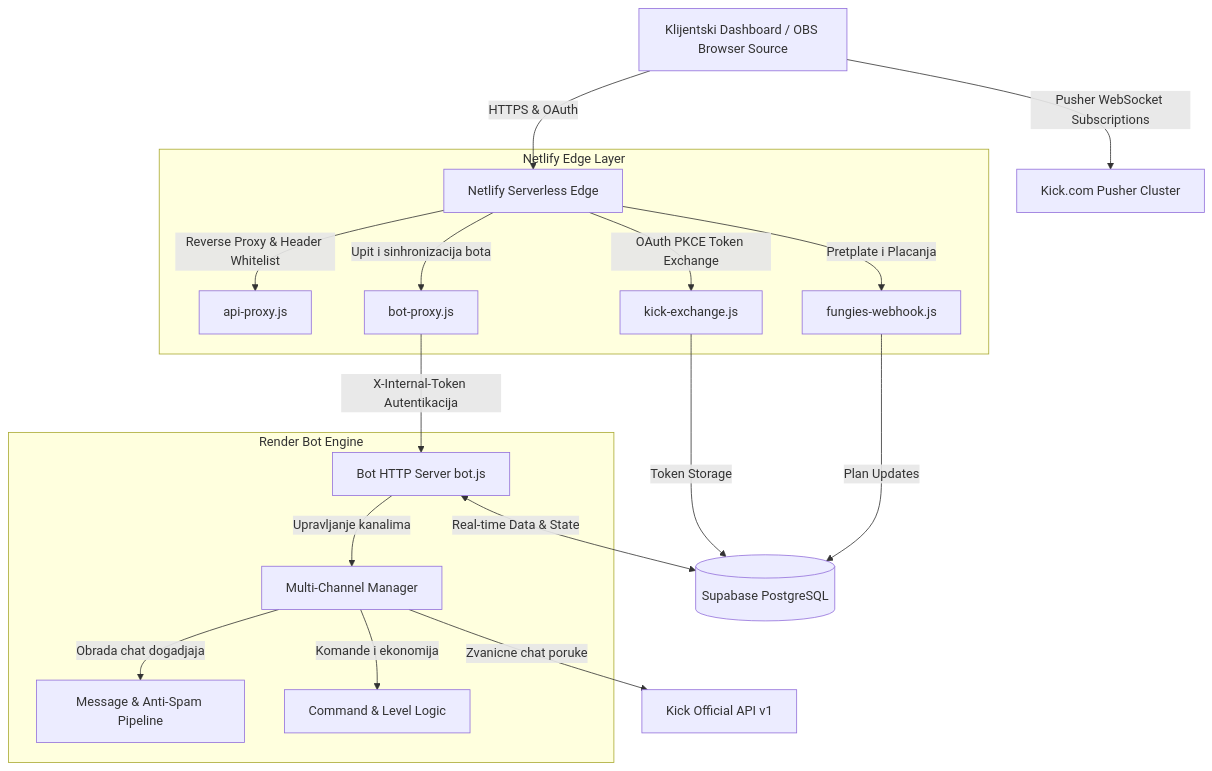
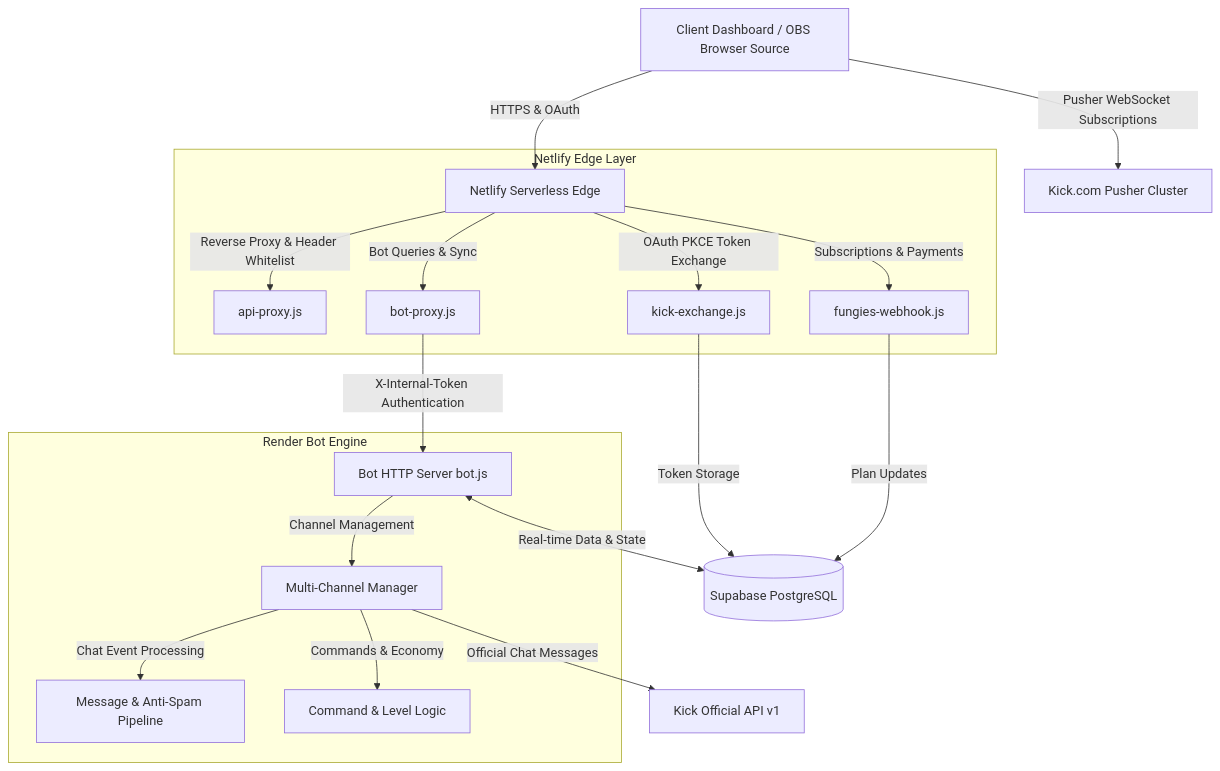
One commit to milan-petkovski/KickALL changed the diagram in README.md. Above: the diagram before and after it, drawn with Mermaid. The commit also changed other lines of this file, not shown here.

````diff
--- a/README.md
+++ b/README.md
@@ -117,24 +117,24 @@
 ```mermaid
 flowchart TD
-    Client[Klijentski Dashboard / OBS Browser Source] -->|HTTPS & OAuth| NetlifyEdge[Netlify Serverless Edge]
+    Client[Client Dashboard / OBS Browser Source] -->|HTTPS & OAuth| NetlifyEdge[Netlify Serverless Edge]
     Client -->|Pusher WebSocket Subscriptions| KickPusher[Kick.com Pusher Cluster]
 
     subgraph Netlify Edge Layer
         NetlifyEdge -->|Reverse Proxy & Header Whitelist| ApiProxy[api-proxy.js]
         NetlifyEdge -->|OAuth PKCE Token Exchange| KickExchange[kick-exchange.js]
-        NetlifyEdge -->|Pretplate i Placanja| FungiesWH[fungies-webhook.js]
-        NetlifyEdge -->|Upit i sinhronizacija bota| BotProxy[bot-proxy.js]
+        NetlifyEdge -->|Subscriptions & Payments| FungiesWH[fungies-webhook.js]
+        NetlifyEdge -->|Bot Queries & Sync| BotProxy[bot-proxy.js]
     end
 
     subgraph Render Bot Engine
-        BotProxy -->|X-Internal-Token Autentikacija| BotServer[Bot HTTP Server bot.js]
-        BotServer -->|Upravljanje kanalima| ChannelMgr[Multi-Channel Manager]
-        ChannelMgr -->|Obrada chat dogadjaja| MsgEngine[Message & Anti-Spam Pipeline]
-        ChannelMgr -->|Komande i ekonomija| CommandEngine[Command & Level Logic]
+        BotProxy -->|X-Internal-Token Authentication| BotServer[Bot HTTP Server bot.js]
+        BotServer -->|Channel Management| ChannelMgr[Multi-Channel Manager]
+        ChannelMgr -->|Chat Event Processing| MsgEngine[Message & Anti-Spam Pipeline]
+        ChannelMgr -->|Commands & Economy| CommandEngine[Command & Level Logic]
     end
 
     KickExchange -->|Token Storage| Supabase[(Supabase PostgreSQL)]
     FungiesWH -->|Plan Updates| Supabase
     BotServer <-->|Real-time Data & State| Supabase
-    ChannelMgr -->|Zvanicne chat poruke| KickApi[Kick Official API v1]
+    ChannelMgr -->|Official Chat Messages| KickApi[Kick Official API v1]
 ```
````
